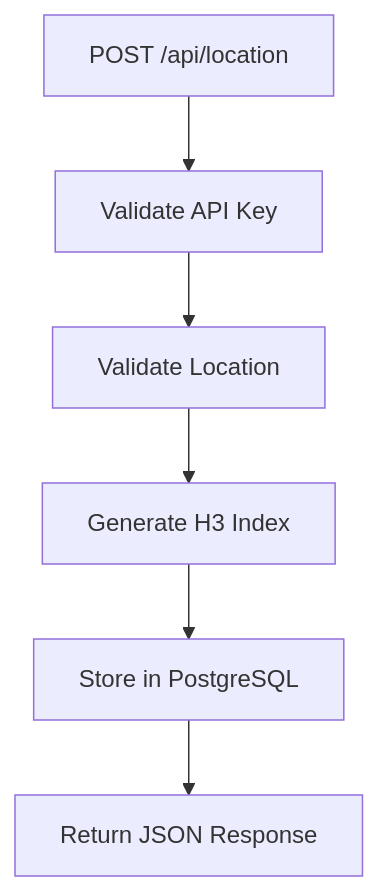
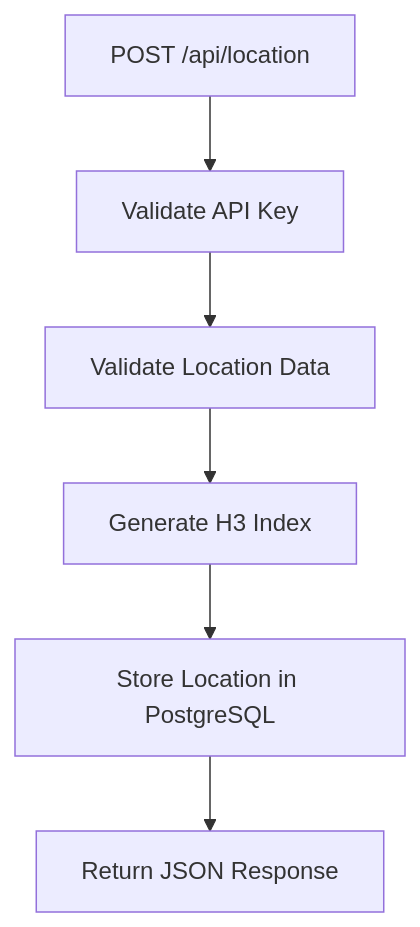
One commit to MayaYakobi131/SmartMotionSDK changed the second of 5 diagrams in README.md. Above: the diagram before and after it, drawn with Mermaid. The commit also changed other lines of this file and 1 other file, not shown here.

````diff
--- a/README.md
+++ b/README.md
@@ -358,14 +364,14 @@
 ```mermaid
 flowchart TD
 
 A["POST /api/location"]
 --> B["Validate API Key"]
 
-B --> C["Validate Location"]
+B --> C["Validate Location Data"]
 
 C --> D["Generate H3 Index"]
 
-D --> E["Store in PostgreSQL"]
+D --> E["Store Location in PostgreSQL"]
 
 E --> F["Return JSON Response"]
 ```
````
